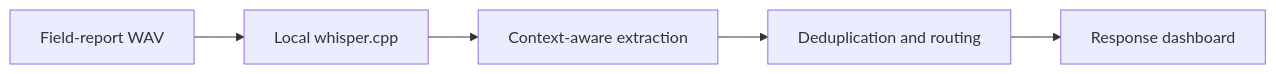
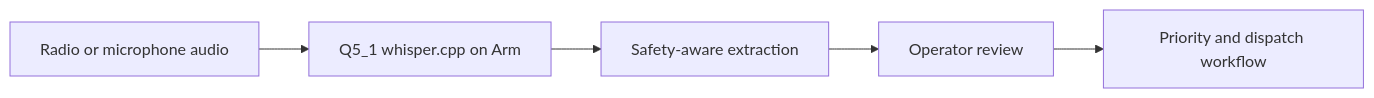
The diagram in README.md (Sai-Krishna99/reliefrelay), drawn with Mermaid before and after one commit. The commit also changed other lines of this file and 34 other files, not shown here.

````diff
--- a/README.md
+++ b/README.md
@@ -25,7 +33,7 @@
 ```mermaid
 flowchart LR
-    A[Field-report WAV] --> B[Local whisper.cpp]
-    B --> C[Context-aware extraction]
-    C --> D[Deduplication and routing]
-    D --> E[Response dashboard]
+    A[Radio or microphone audio] --> B[Q5_1 whisper.cpp on Arm]
+    B --> C[Safety-aware extraction]
+    C --> D[Operator review]
+    D --> E[Priority and dispatch workflow]
 ```
````
